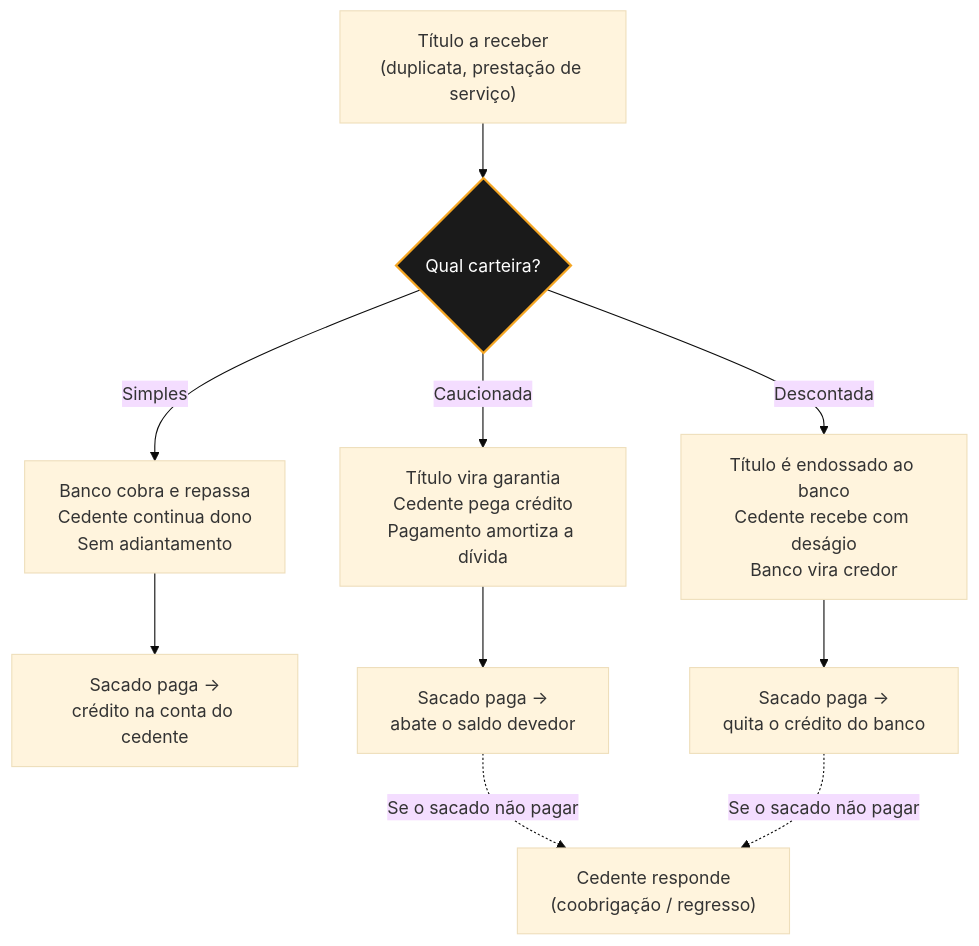
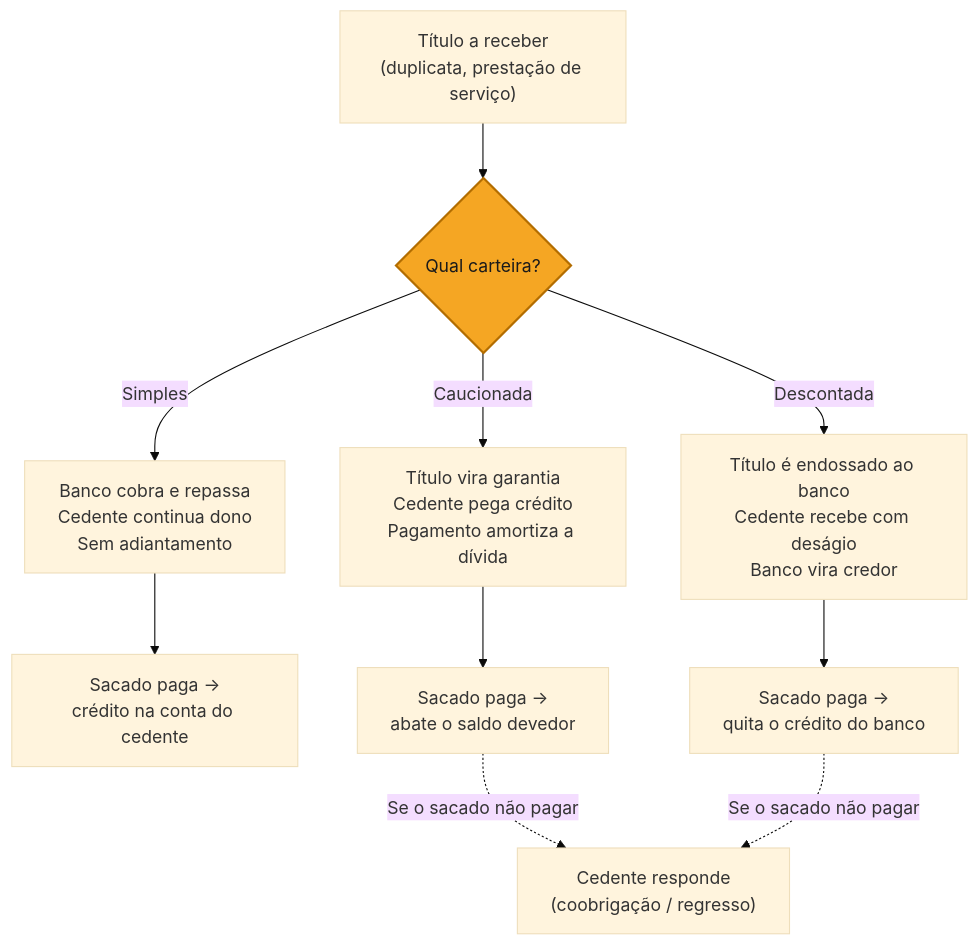
Before and after one commit to danielbfr3/sobre_aws: the ninth of 23 diagrams in apostila-sistema-financeiro-brasileiro-dev.md, drawn with Mermaid (base theme). The commit also changed other lines of this file, not shown here.

````diff
--- a/apostila-sistema-financeiro-brasileiro-dev.md
+++ b/apostila-sistema-financeiro-brasileiro-dev.md
@@ -1061,17 +1573,18 @@
 ```mermaid
 graph TD
+    classDef destaque fill:#f5a623,stroke:#b36d00,color:#1a1a1a,stroke-width:2px
     T["Título a receber<br/>(duplicata, prestação de serviço)"] --> Q{"Qual carteira?"}
 
     Q -->|Simples| S["Banco cobra e repassa<br/>Cedente continua dono<br/>Sem adiantamento"]
     Q -->|Caucionada| C["Título vira garantia<br/>Cedente pega crédito<br/>Pagamento amortiza a dívida"]
     Q -->|Descontada| D["Título é endossado ao banco<br/>Cedente recebe com deságio<br/>Banco vira credor"]
 
     S --> P1["Sacado paga →<br/>crédito na conta do cedente"]
     C --> P2["Sacado paga →<br/>abate o saldo devedor"]
     D --> P3["Sacado paga →<br/>quita o crédito do banco"]
 
     P2 -.->|"Se o sacado não pagar"| R["Cedente responde<br/>(coobrigação / regresso)"]
     P3 -.->|"Se o sacado não pagar"| R
 
-    style Q fill:#1a1a1a,color:#fff,stroke:#f5a623,stroke-width:2px
+    class Q destaque
 ```
````
